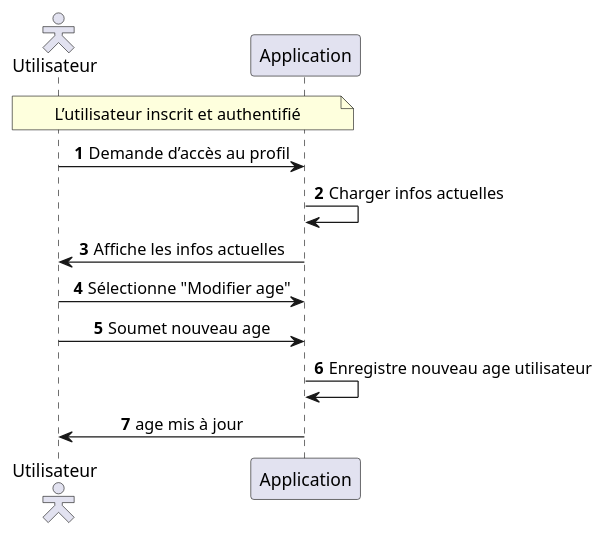
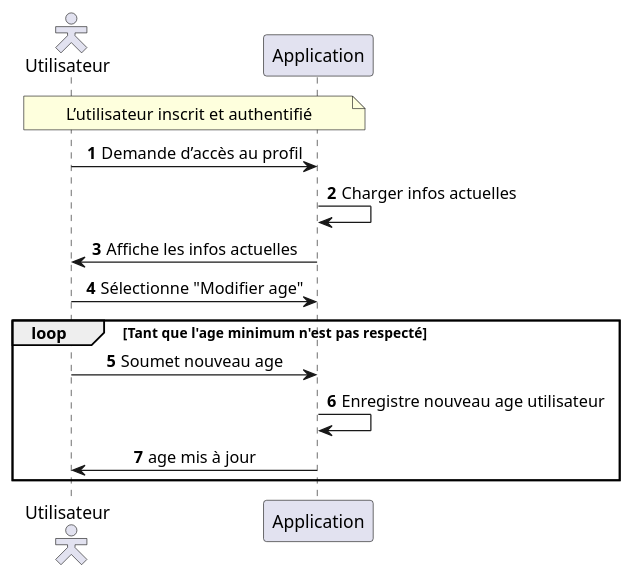
The diagram in src/Description_des_scenarios_Config_Utilisateur_modifier_son_age.puml (MinaroliCorentin/PSO), drawn with PlantUML before and after one commit. The commit also changed 5 other files, not shown here.

```diff
--- a/src/Description_des_scenarios_Config_Utilisateur_modifier_son_age.puml
+++ b/src/Description_des_scenarios_Config_Utilisateur_modifier_son_age.puml
@@ -1,20 +1,22 @@
 @startuml
 autonumber
 skinparam sequenceMessageAlign center
 skinparam actorStyle hollow
 
 actor "Utilisateur" as user
 participant "Application" as app
 
 note over user, app
 L’utilisateur inscrit et authentifié
 end note
 
 user -> app : Demande d’accès au profil
 app -> app : Charger infos actuelles
 app -> user : Affiche les infos actuelles
 user -> app : Sélectionne "Modifier age"
+loop Tant que l'age minimum n'est pas respecté
 user -> app : Soumet nouveau age
 app -> app : Enregistre nouveau age utilisateur
 app -> user : age mis à jour
+end
 @enduml
```
